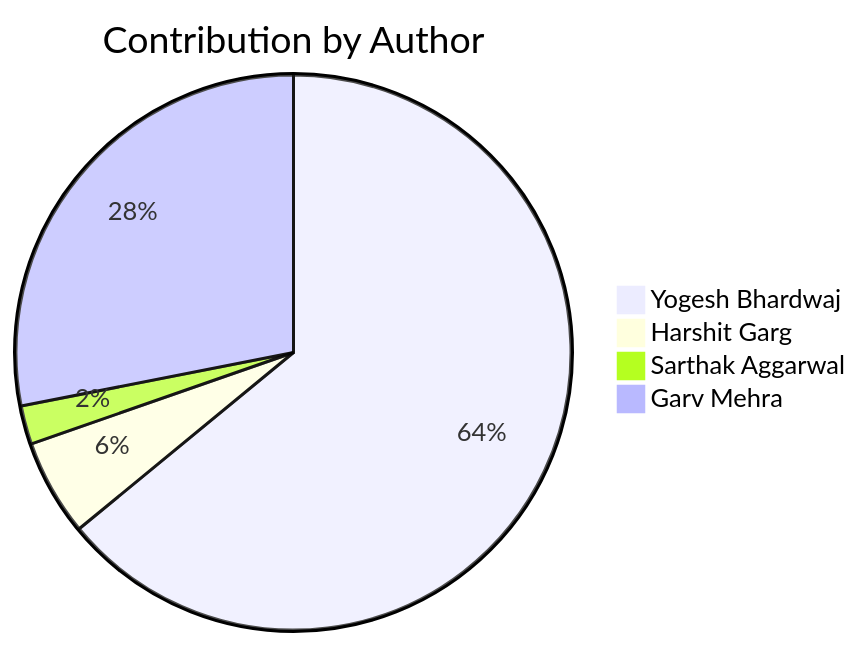
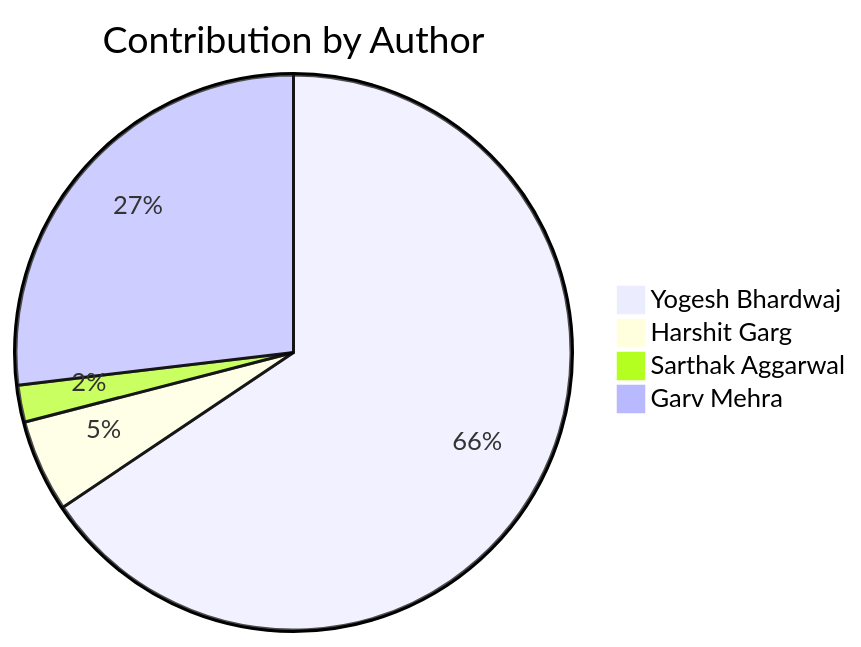
Before and after one commit to Yogesh-Bhardwaj-hue/Scm-Final_2.0: the diagram in README.md, drawn with Mermaid. The commit also changed other lines of this file, not shown here.

Commit message:
Update contribution charts

````diff
--- a/README.md
+++ b/README.md
@@ -161,7 +161,7 @@
 ```mermaid
 pie title Contribution by Author
-    "Yogesh Bhardwaj": 57
+    "Yogesh Bhardwaj": 61
     "Harshit Garg": 5
     "Sarthak Aggarwal": 2
     "Garv Mehra": 25
 ```
````
